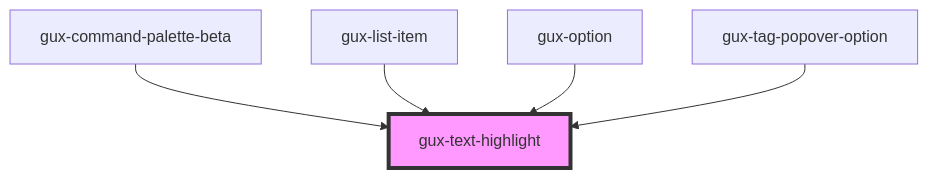
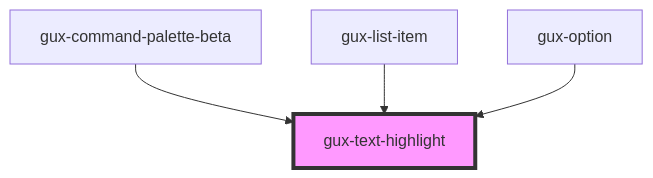
One commit to willcliff-genesys/genesys-webcomponents changed the diagram in src/components/stable/gux-text-highlight/readme.md. Above: the diagram before and after it, drawn with Mermaid. The commit also changed other lines of this file and 8 other files, not shown here.

First line of the commit message:
fix(tag popover component): implement gux-dropdown component

````diff
--- a/src/components/stable/gux-text-highlight/readme.md
+++ b/src/components/stable/gux-text-highlight/readme.md
@@ -27,8 +26,7 @@
 ```mermaid
 graph TD;
   gux-command-palette-beta --> gux-text-highlight
   gux-list-item --> gux-text-highlight
   gux-option --> gux-text-highlight
-  gux-tag-popover-option --> gux-text-highlight
   style gux-text-highlight fill:#f9f,stroke:#333,stroke-width:4px
 ```
````
